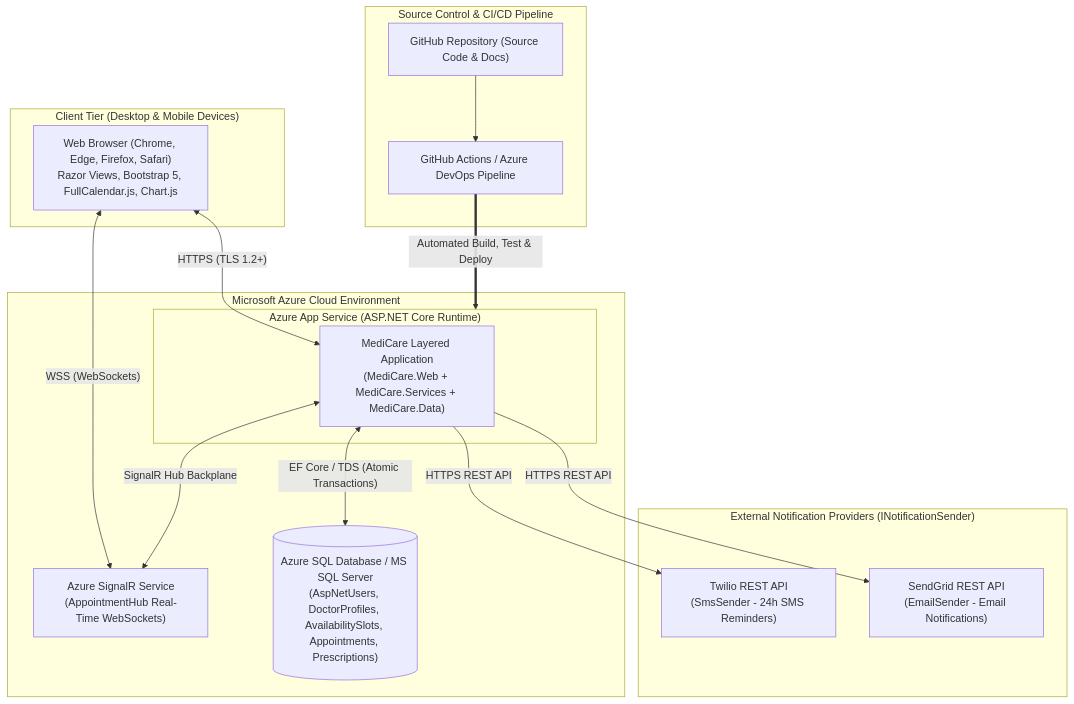
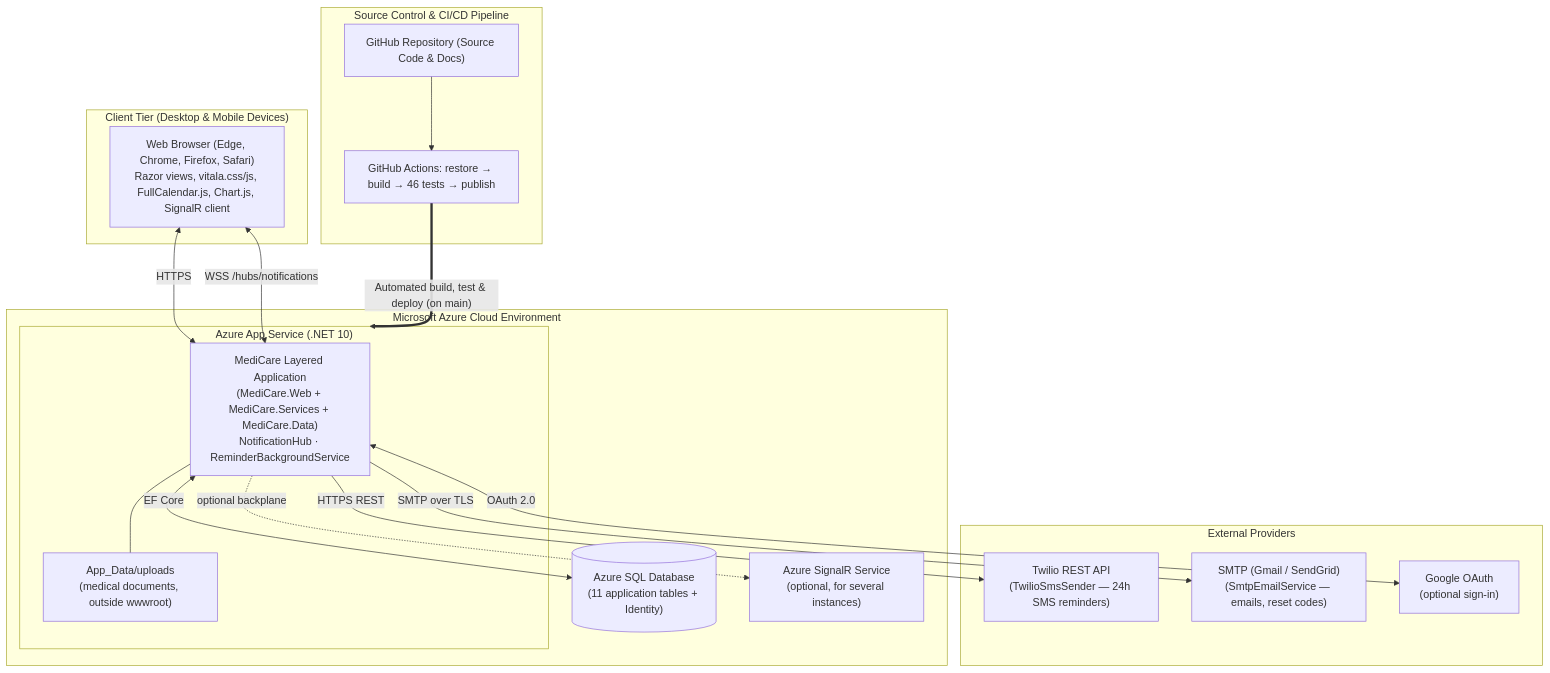
The first of 2 diagrams in mdFiles/4.5 System Deployment and Integration.md (3mrNasser/Medi-Care-Clinic-Management-Project-R5), drawn with Mermaid before and after one commit. The commit also changed other lines of this file and 18 other files, not shown here.

````diff
--- a/mdFiles/4.5 System Deployment and Integration.md
+++ b/mdFiles/4.5 System Deployment and Integration.md
@@ -28,33 +33,37 @@
 ```mermaid
 flowchart TB
     subgraph Client_Device ["Client Tier (Desktop & Mobile Devices)"]
-        Browser["Web Browser (Chrome, Edge, Firefox, Safari)<br/>Razor Views, Bootstrap 5, FullCalendar.js, Chart.js"]
+        Browser["Web Browser (Edge, Chrome, Firefox, Safari)<br/>Razor views, vitala.css/js, FullCalendar.js, Chart.js, SignalR client"]
     end
 
     subgraph CI_CD ["Source Control & CI/CD Pipeline"]
         GitHub["GitHub Repository (Source Code & Docs)"]
-        Pipeline["GitHub Actions / Azure DevOps Pipeline"]
+        Pipeline["GitHub Actions: restore → build → 46 tests → publish"]
         GitHub --> Pipeline
     end
 
     subgraph Azure_Cloud ["Microsoft Azure Cloud Environment"]
-        subgraph App_Service ["Azure App Service (ASP.NET Core Runtime)"]
-            WebApp["MediCare Layered Application<br/>(MediCare.Web + MediCare.Services + MediCare.Data)"]
+        subgraph App_Service ["Azure App Service (.NET 10)"]
+            WebApp["MediCare Layered Application<br/>(MediCare.Web + MediCare.Services + MediCare.Data)<br/>NotificationHub · ReminderBackgroundService"]
+            Files["App_Data/uploads<br/>(medical documents, outside wwwroot)"]
         end
-        AzureSignalR["Azure SignalR Service<br/>(AppointmentHub Real-Time WebSockets)"]
-        AzureSQL[("Azure SQL Database / MS SQL Server<br/>(AspNetUsers, DoctorProfiles, AvailabilitySlots, Appointments, Prescriptions)")]
+        AzureSQL[("Azure SQL Database<br/>(11 application tables + Identity)")]
+        AzureSignalR["Azure SignalR Service<br/>(optional, for several instances)"]
     end
 
-    subgraph External_Services ["External Notification Providers (INotificationSender)"]
-        TwilioAPI["Twilio REST API<br/>(SmsSender - 24h SMS Reminders)"]
-        SendGridAPI["SendGrid REST API<br/>(EmailSender - Email Notifications)"]
+    subgraph External_Services ["External Providers"]
+        TwilioAPI["Twilio REST API<br/>(TwilioSmsSender — 24h SMS reminders)"]
+        SMTP["SMTP (Gmail / SendGrid)<br/>(SmtpEmailService — emails, reset codes)"]
+        GoogleAuth["Google OAuth<br/>(optional sign-in)"]
     end
 
-    Browser <-->|"HTTPS (TLS 1.2+)"| WebApp
-    Browser <-->|"WSS (WebSockets)"| AzureSignalR
-    Pipeline ==>|"Automated Build, Test & Deploy"| App_Service
-    WebApp <-->|"EF Core / TDS (Atomic Transactions)"| AzureSQL
-    WebApp <-->|"SignalR Hub Backplane"| AzureSignalR
-    WebApp -->|"HTTPS REST API"| TwilioAPI
-    WebApp -->|"HTTPS REST API"| SendGridAPI
+    Browser <-->|"HTTPS"| WebApp
+    Browser <-->|"WSS /hubs/notifications"| WebApp
+    Pipeline ==>|"Automated build, test & deploy (on main)"| App_Service
+    WebApp <-->|"EF Core"| AzureSQL
+    WebApp --- Files
+    WebApp -.->|"optional backplane"| AzureSignalR
+    WebApp -->|"HTTPS REST"| TwilioAPI
+    WebApp -->|"SMTP over TLS"| SMTP
+    WebApp <-->|"OAuth 2.0"| GoogleAuth
 ```
````
